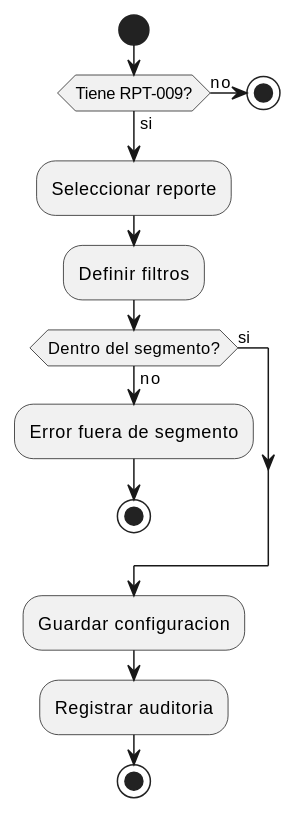
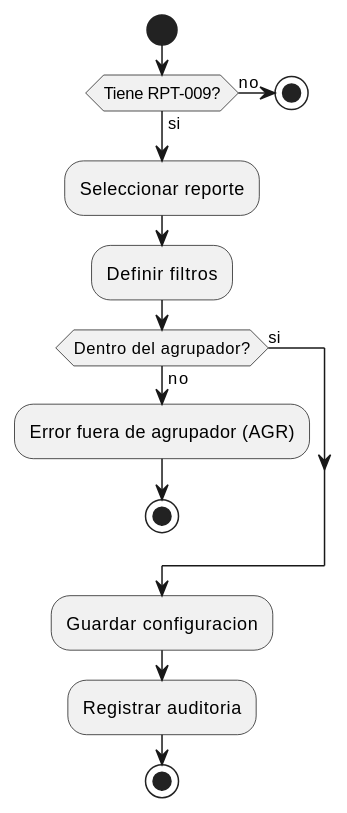
One commit to jcg-admin/IACT-docs changed the third of 3 diagrams in source/requisitos/casos-uso/reports/uc-rpt-09-configurar-filtros.rst. Above: the diagram before and after it, drawn with PlantUML. The commit also changed other lines of this file and 14 other files, not shown here.

```diff
--- a/source/requisitos/casos-uso/reports/uc-rpt-09-configurar-filtros.rst
+++ b/source/requisitos/casos-uso/reports/uc-rpt-09-configurar-filtros.rst
@@ -222,20 +222,20 @@
 .. uml::
  :caption: Diagrama de Actividad - UC_RPT_09
 
  @startuml
  start
  if (Tiene RPT-009?) then (no)
  stop
  else (si)
  endif
  :Seleccionar reporte;
  :Definir filtros;
- if (Dentro del segmento?) then (no)
- :Error fuera de segmento;
+ if (Dentro del agrupador?) then (no)
+ :Error fuera de agrupador (AGR);
  stop
  else (si)
  endif
  :Guardar configuracion;
  :Registrar auditoria;
  stop
  @enduml
```
